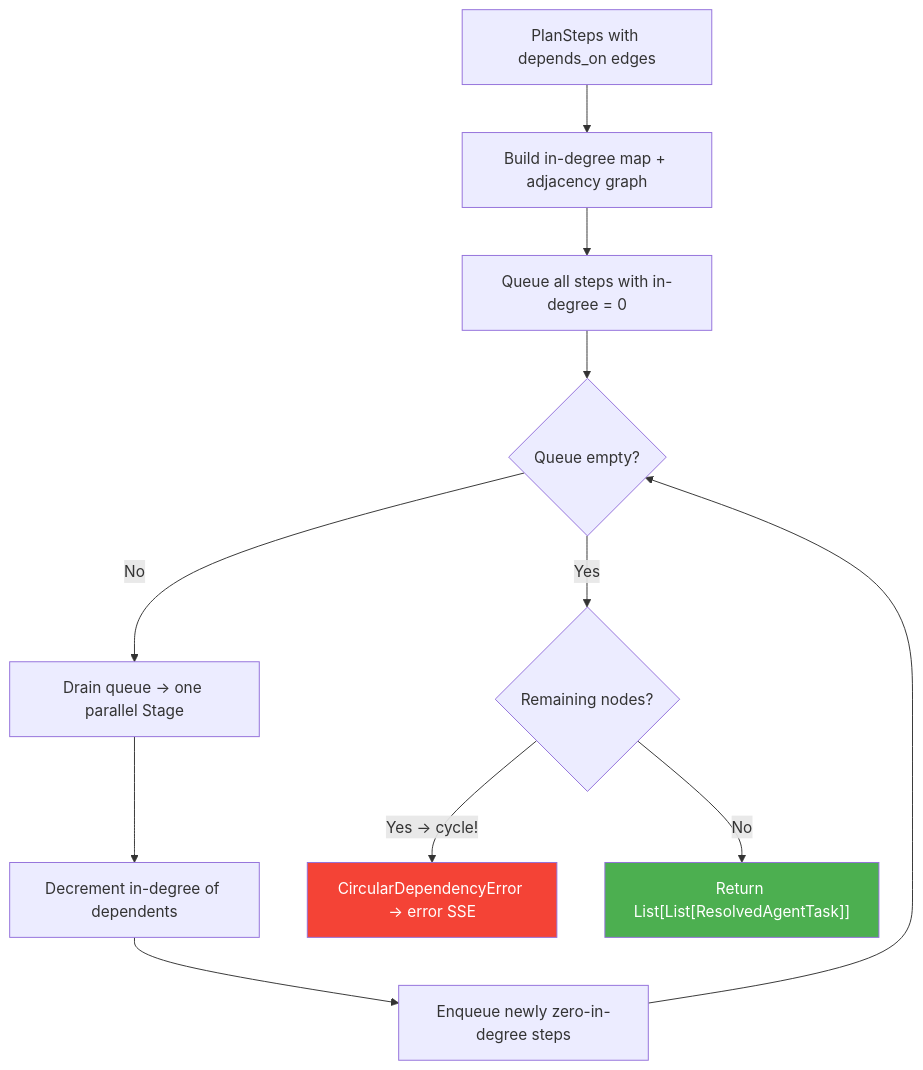
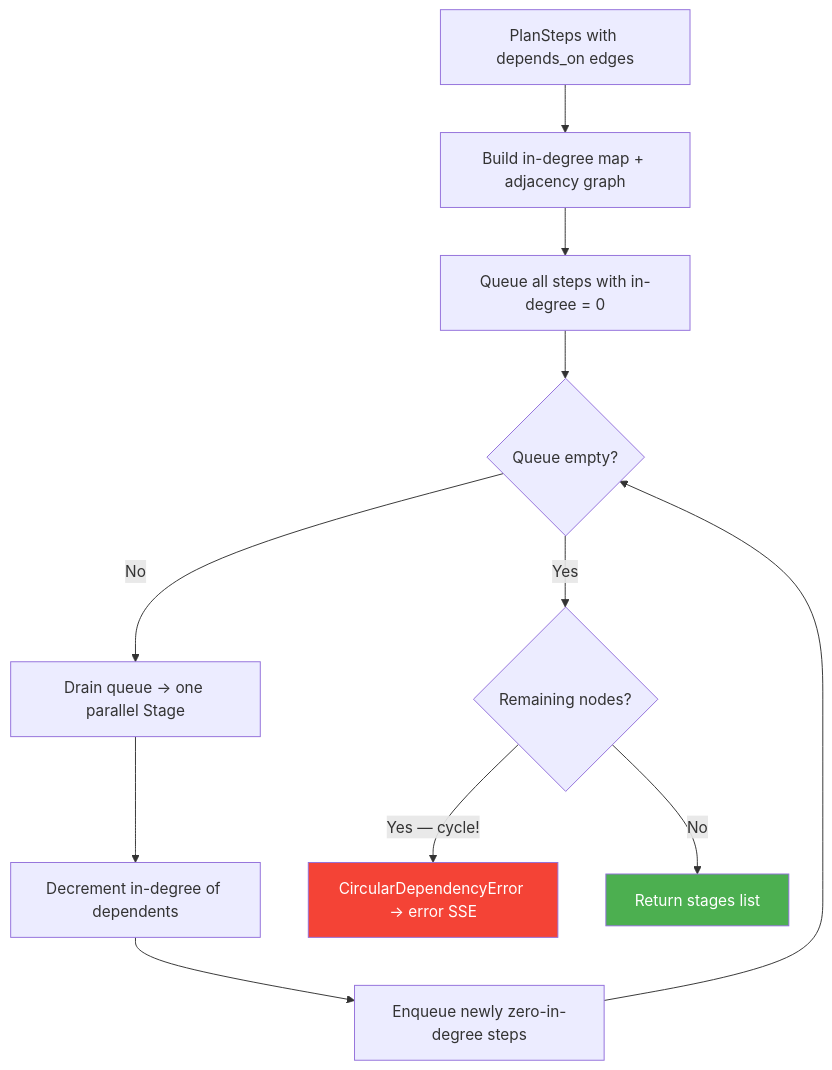
One commit to vinu0404/Cortex changed the tenth of 14 diagrams in README.md. Above: the diagram before and after it, drawn with Mermaid. The commit also changed other lines of this file and 8 other files, not shown here.

````diff
--- a/README.md
+++ b/README.md
@@ -320,16 +401,16 @@
 ```mermaid
 flowchart TD
     Input["PlanSteps with depends_on edges"] --> Build["Build in-degree map + adjacency graph"]
     Build --> Init["Queue all steps with in-degree = 0"]
     Init --> Loop{"Queue empty?"}
     Loop -->|No| Drain["Drain queue → one parallel Stage"]
     Drain --> Dec["Decrement in-degree of dependents"]
     Dec --> Enq["Enqueue newly zero-in-degree steps"]
     Enq --> Loop
     Loop -->|Yes| Check{"Remaining nodes?"}
-    Check -->|"Yes → cycle!"| Err["CircularDependencyError → error SSE"]
-    Check -->|No| Done["Return List[List[ResolvedAgentTask]]"]
+    Check -->|"Yes — cycle!"| Err["CircularDependencyError → error SSE"]
+    Check -->|No| Done["Return stages list"]
 
     style Err fill:#f44336,color:#fff
     style Done fill:#4CAF50,color:#fff
 ```
````
